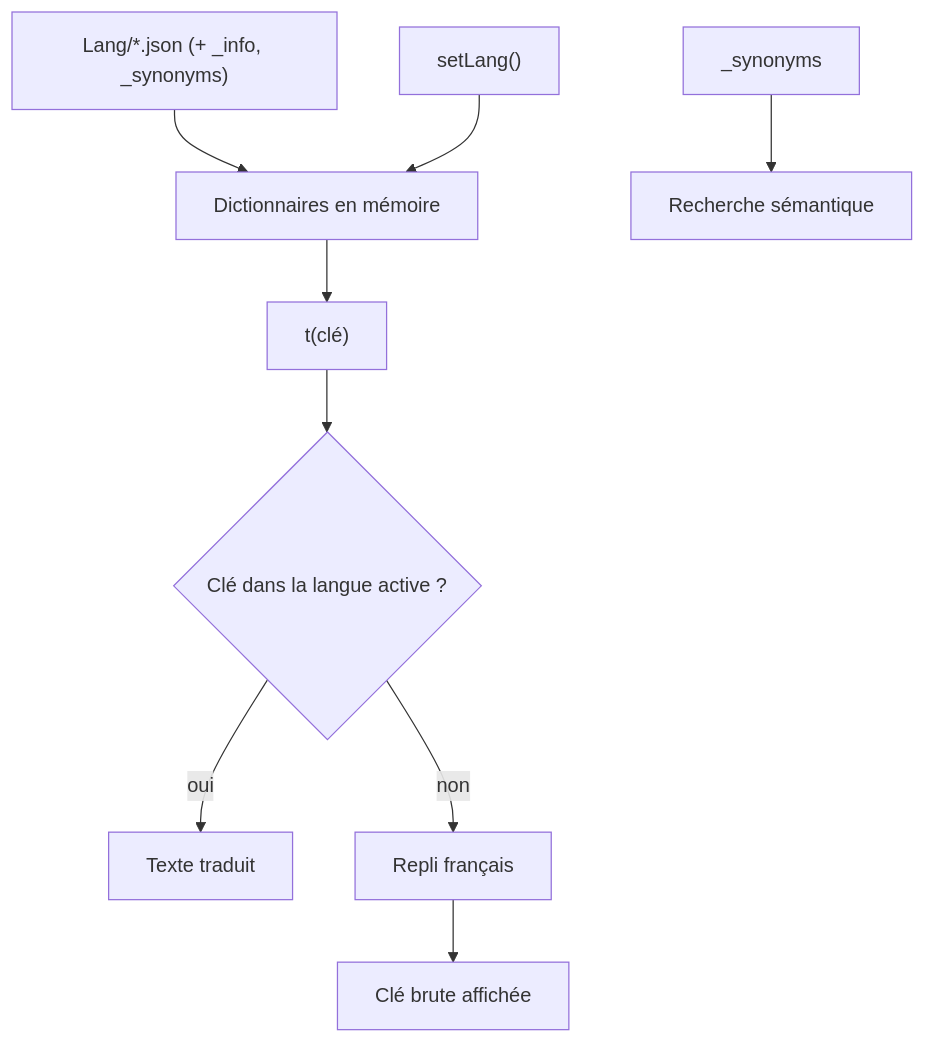
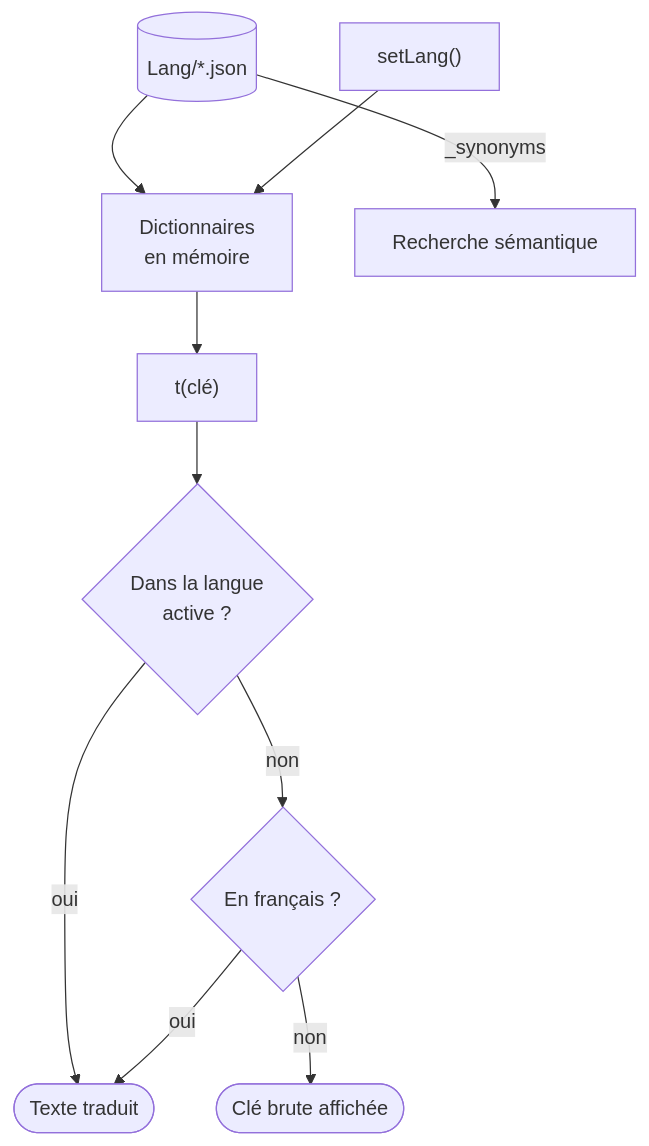
Before and after one commit to FreeProject089/BetterModsManager: the third of 3 diagrams in frontend/assets/docs/fr/how-it-works/extending.md, drawn with Mermaid. The commit also changed other lines of this file and 176 other files, not shown here.

````diff
--- a/frontend/assets/docs/fr/how-it-works/extending.md
+++ b/frontend/assets/docs/fr/how-it-works/extending.md
@@ -72,10 +82,12 @@
 ```mermaid
-graph TD
-    LANGFILES["Lang/*.json (+ _info, _synonyms)"] --> DICTS["Dictionnaires en mémoire"]
+flowchart TD
+    LANGFILES[("Lang/*.json")] --> DICTS["Dictionnaires<br/>en mémoire"]
+    SWITCH["setLang()"] --> DICTS
     DICTS --> T["t(clé)"]
-    T --> CUR{Clé dans la langue active ?}
-    CUR -- oui --> OUT["Texte traduit"]
-    CUR -- non --> FRFALL["Repli français"] --> RAWKEY["Clé brute affichée"]
-    SWITCH["setLang()"] --> DICTS
-    SYN["_synonyms"] --> SEARCH["Recherche sémantique"]
+    T --> CUR{"Dans la langue<br/>active ?"}
+    CUR -- "oui" --> OUT(["Texte traduit"])
+    CUR -- "non" --> FR{"En français ?"}
+    FR -- "oui" --> OUT
+    FR -- "non" --> RAW(["Clé brute affichée"])
+    LANGFILES -- "_synonyms" --> SEARCH["Recherche sémantique"]
 ```
````
